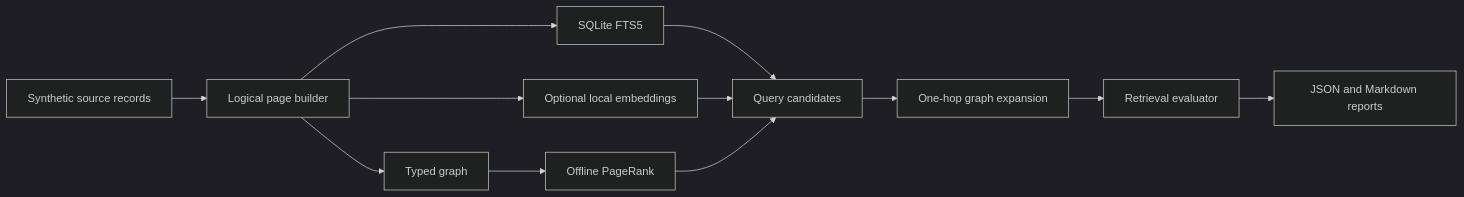
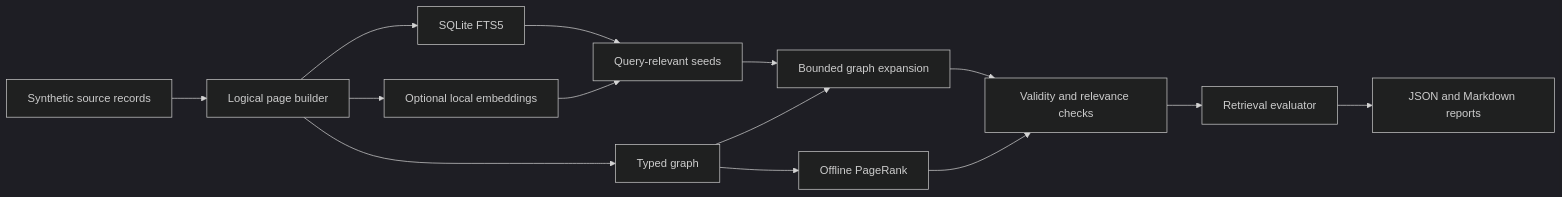
Before and after one commit to dsgouda7/ai-portfolio: the diagram in projects/linked-page-retrieval/README.md, drawn with Mermaid (dark theme). The commit also changed other lines of this file and 2 other files, not shown here.

Commit message:
docs: define linked retrieval evaluation strategy

````diff
--- a/projects/linked-page-retrieval/README.md
+++ b/projects/linked-page-retrieval/README.md
@@ -80,14 +112,16 @@
 ```mermaid
 flowchart LR
     S[Synthetic source records] --> P[Logical page builder]
     P --> F[SQLite FTS5]
     P --> G[Typed graph]
     P --> V[Optional local embeddings]
     G --> R[Offline PageRank]
-    F --> Q[Query candidates]
+    F --> Q[Query-relevant seeds]
     V --> Q
-    R --> Q
-    Q --> X[One-hop graph expansion]
-    X --> E[Retrieval evaluator]
+    Q --> X[Bounded graph expansion]
+    G --> X
+    X --> A[Validity and relevance checks]
+    R --> A
+    A --> E[Retrieval evaluator]
     E --> O[JSON and Markdown reports]
 ```
````
